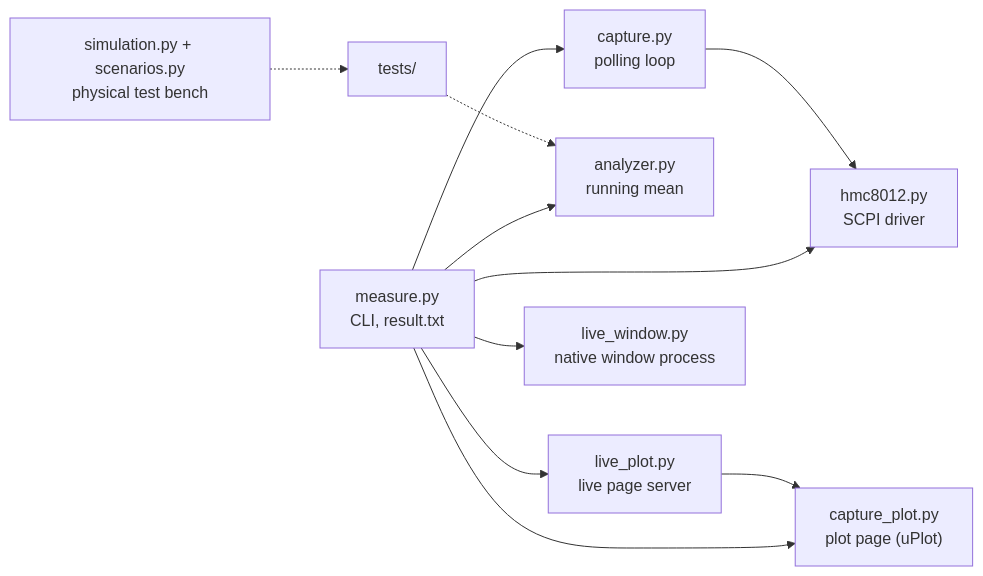
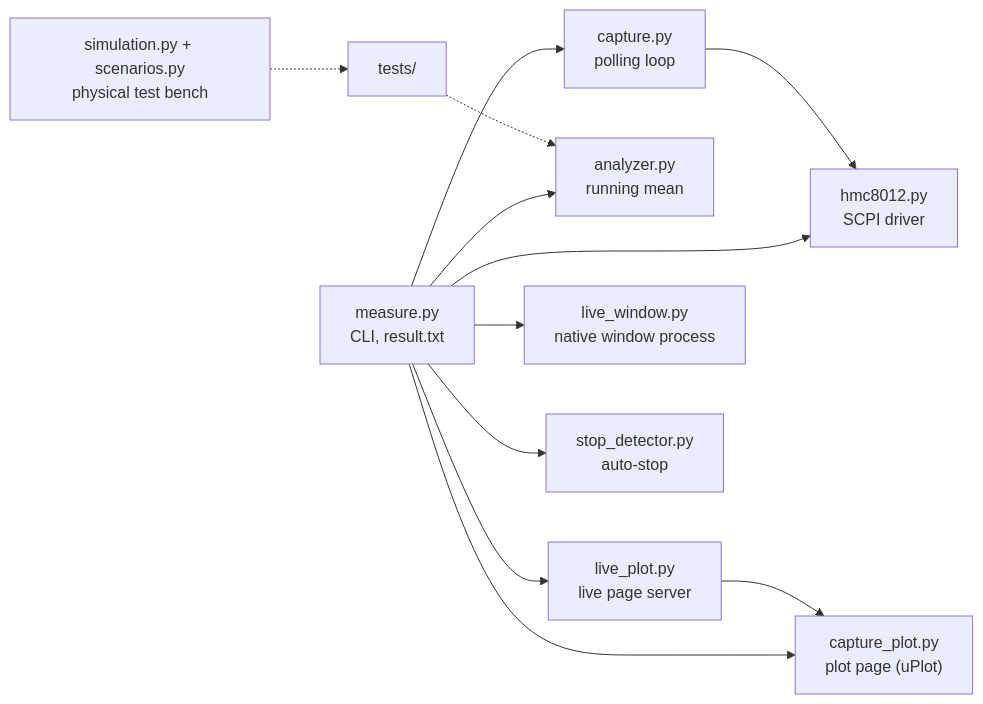
Before and after one commit to YarinCardillo/hmc8012-measure: the diagram in README.md, drawn with Mermaid. The commit also changed other lines of this file and 8 other files, not shown here.

````diff
--- a/README.md
+++ b/README.md
@@ -168,13 +171,14 @@
 ```mermaid
 flowchart LR
     CLI["measure.py<br/>CLI, result.txt"] --> DRV["hmc8012.py<br/>SCPI driver"]
     CLI --> CAP["capture.py<br/>polling loop"]
     CAP --> DRV
     CLI --> ANA["analyzer.py<br/>running mean"]
     CLI --> PLOT["capture_plot.py<br/>plot page (uPlot)"]
     CLI --> LIVE["live_plot.py<br/>live page server"]
     LIVE --> PLOT
     CLI --> WIN["live_window.py<br/>native window process"]
+    CLI --> STOP["stop_detector.py<br/>auto-stop"]
     SIM["simulation.py + scenarios.py<br/>physical test bench"] -.-> TESTS["tests/"]
     TESTS -.-> ANA
 ```
````
